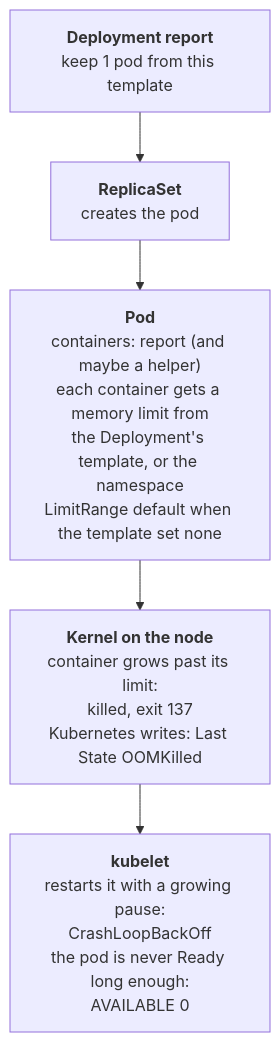
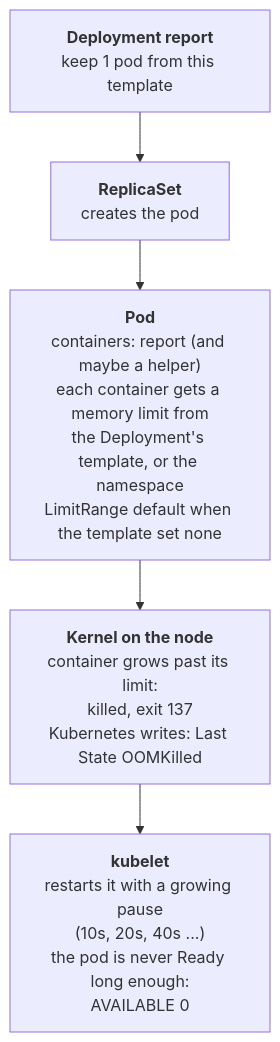
The diagram in scenarios/L0/008-report-oomkilled/story.md (cauebraz/kubedrill), drawn with Mermaid before and after one commit. The commit also changed other lines of this file and 68 other files, not shown here.

````diff
--- a/scenarios/L0/008-report-oomkilled/story.md
+++ b/scenarios/L0/008-report-oomkilled/story.md
@@ -48,9 +48,9 @@
 ```mermaid
 flowchart TD
   D["<b>Deployment report</b><br/>keep 1 pod from this template"]
   R["<b>ReplicaSet</b><br/>creates the pod"]
   P["<b>Pod</b><br/>containers: report (and maybe a helper)<br/>each container gets a memory limit from<br/>the Deployment's template, or the namespace<br/>LimitRange default when the template set none"]
   K["<b>Kernel on the node</b><br/>container grows past its limit:<br/>killed, exit 137<br/>Kubernetes writes: Last State OOMKilled"]
-  L["<b>kubelet</b><br/>restarts it with a growing pause:<br/>CrashLoopBackOff<br/>the pod is never Ready long enough:<br/>AVAILABLE 0"]
+  L["<b>kubelet</b><br/>restarts it with a growing pause<br/>(10s, 20s, 40s ...)<br/>the pod is never Ready long enough:<br/>AVAILABLE 0"]
   D --> R --> P --> K --> L
 ```
````
